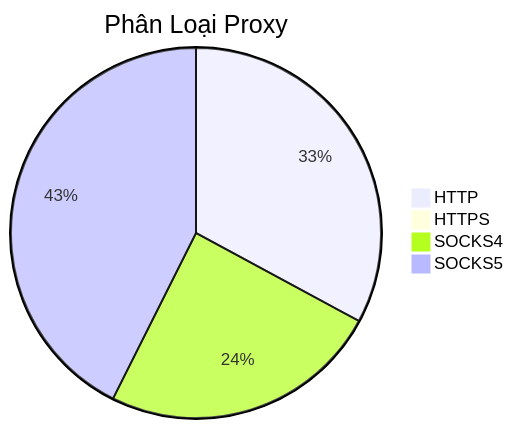
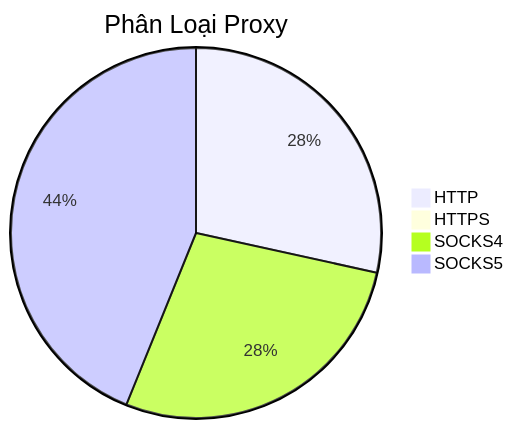
Before and after one commit to Ciara-Aa/PROXY-free: the diagram in README.md, drawn with Mermaid. The commit also changed other lines of this file and 4 other files, not shown here.

````diff
--- a/README.md
+++ b/README.md
@@ -26,7 +26,7 @@
 ```mermaid
 pie title Phân Loại Proxy
-    "HTTP" : 318
-    "HTTPS" : 1
-    "SOCKS4" : 237
-    "SOCKS5" : 412
+    "HTTP" : 262
+    "HTTPS" : 0
+    "SOCKS4" : 255
+    "SOCKS5" : 404
 ```
````
